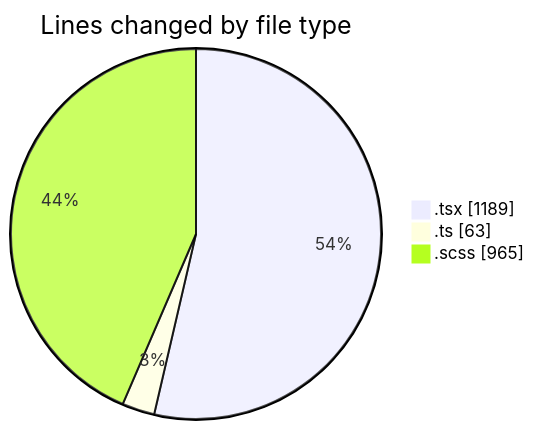
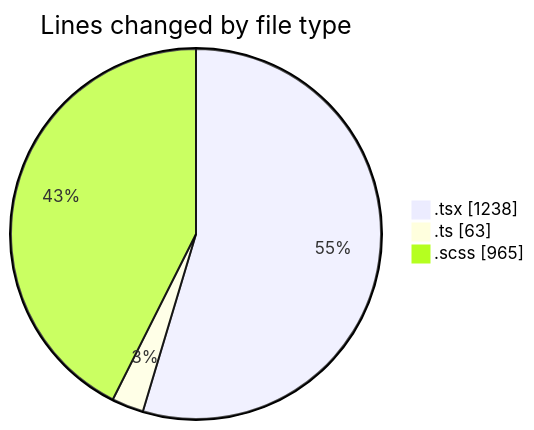
Before and after one commit to momahboobian/code-tracking: the first of 2 diagrams in 2025-04-02/cda/README.md, drawn with Mermaid. The commit also changed other lines of this file and 1 other file, not shown here.

````diff
--- a/2025-04-02/cda/README.md
+++ b/2025-04-02/cda/README.md
@@ -27,7 +28,7 @@
 ```mermaid
 pie showData
 title Lines changed by file type
-".tsx" : 1189
+".tsx" : 1238
 ".ts" : 63
 ".scss" : 965
 ```
````
